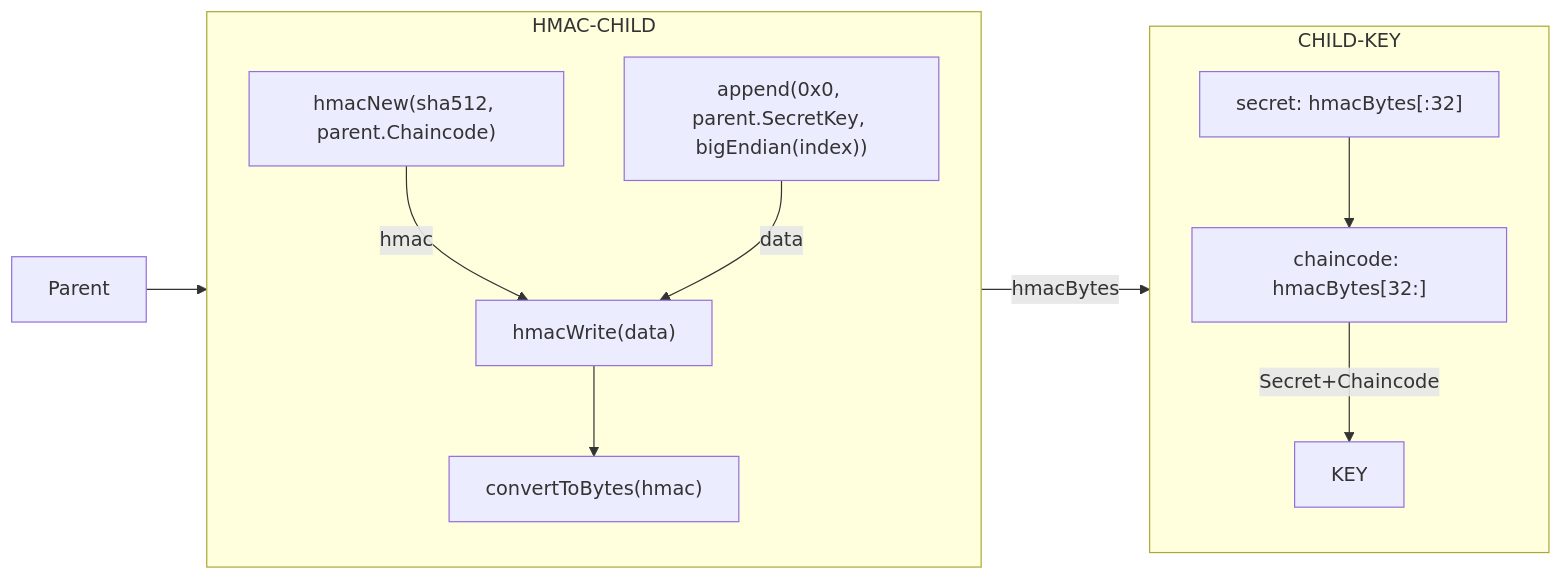
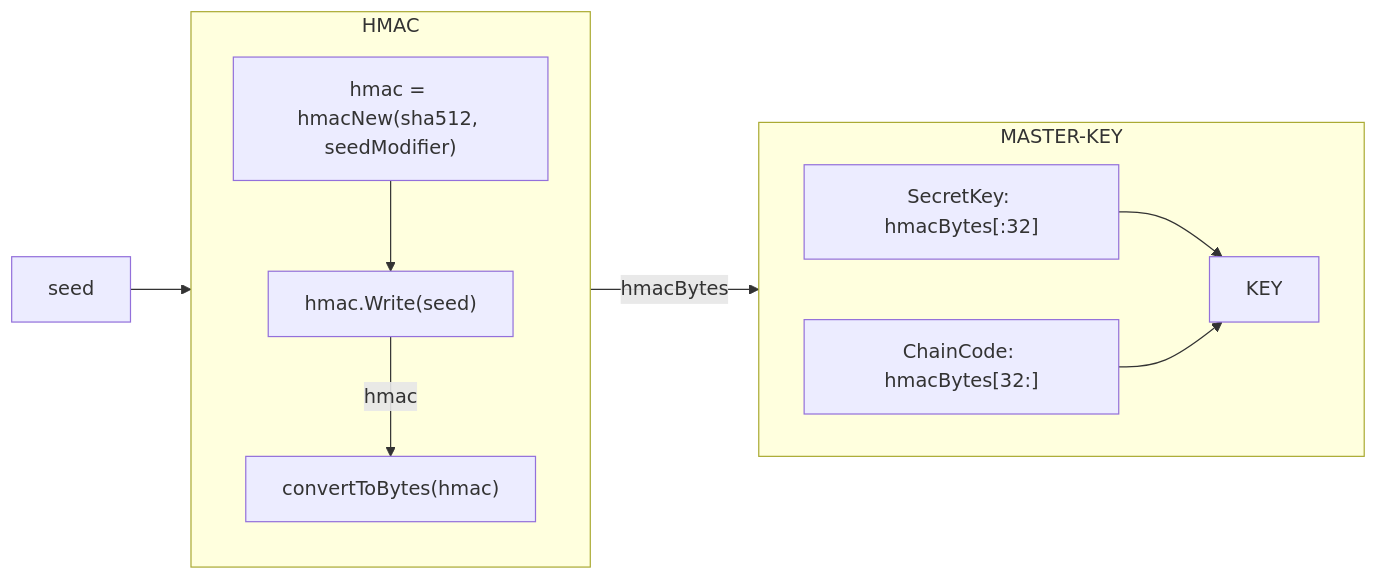
The fourth of 4 diagrams in shared/crypto/README.md (pokt-network/pocket), drawn with Mermaid before and after one commit. The commit also changed other lines of this file, not shown here.

Commit message:
Update graphs

````diff
--- a/shared/crypto/README.md
+++ b/shared/crypto/README.md
@@ -133,21 +139,20 @@
 ```mermaid
 flowchart LR
-    subgraph HMAC-CHILD
+    subgraph HMAC
         direction TB
-        C["append(0x0, parent.SecretKey, bigEndian(index))"]
-        A["hmacNew(sha512, parent.Chaincode)"]
-        B["hmacWrite(data)"]
-        D["convertToBytes(hmac)"]
-        A--hmac-->B
-        C--data-->B
-        B-->D
+        A["hmac = hmacNew(sha512, seedModifier)"]
+        B["hmac.Write(seed)"]
+        C["convertToBytes(hmac)"]
+        A-->B
+        B--hmac-->C
     end
-    subgraph CHILD-KEY
-        direction TB
-        F["secret: hmacBytes[:32]"]
-        G["chaincode: hmacBytes[32:]"]
-        F --> G --Secret+Chaincode--> KEY
+    subgraph MASTER-KEY
+        direction LR
+        D["SecretKey: hmacBytes[:32]"]
+        E["ChainCode: hmacBytes[32:]"]
+        D --> KEY
+        E --> KEY
     end
-    Parent --> HMAC-CHILD
-    HMAC-CHILD --hmacBytes--> CHILD-KEY
+    seed-->HMAC
+    HMAC--hmacBytes-->MASTER-KEY
 ```
````
